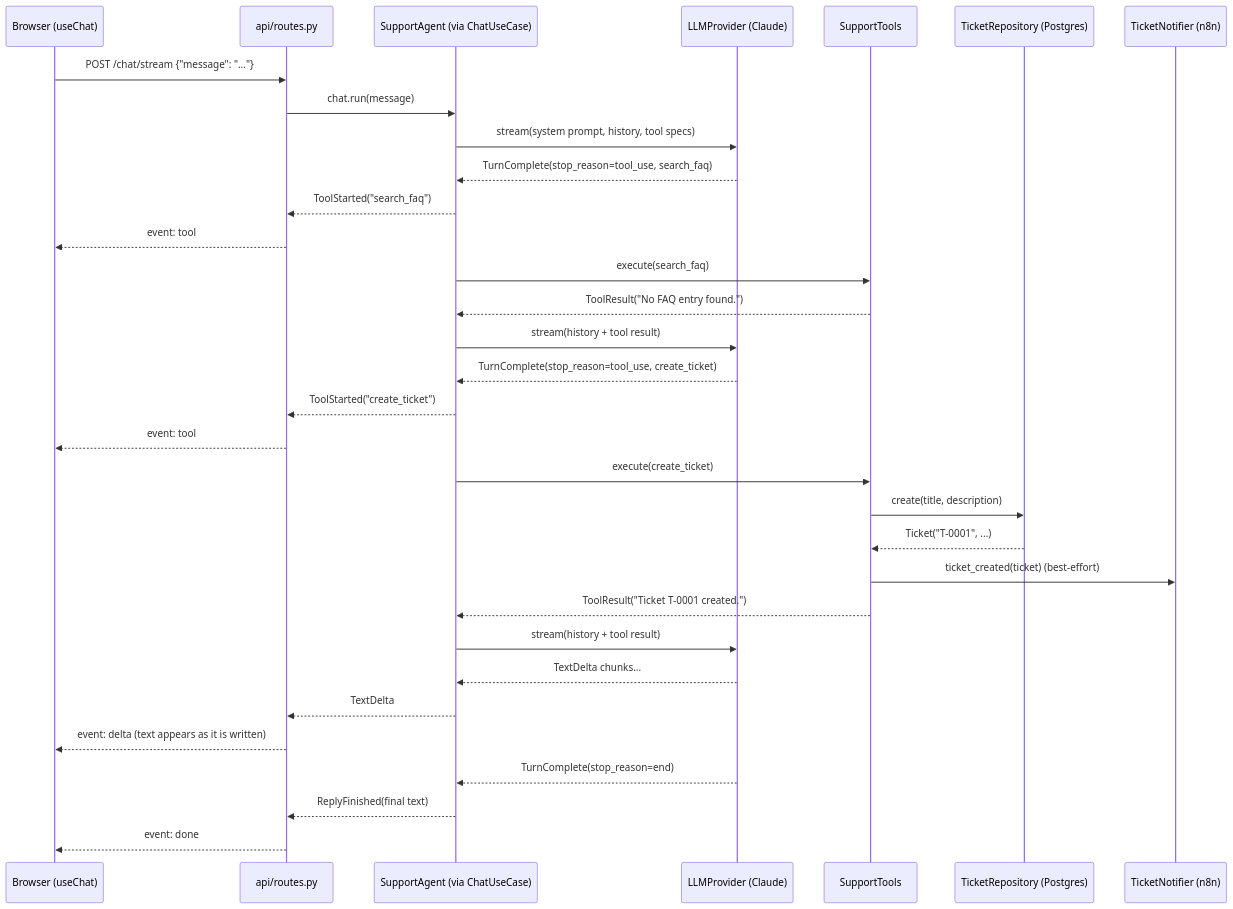
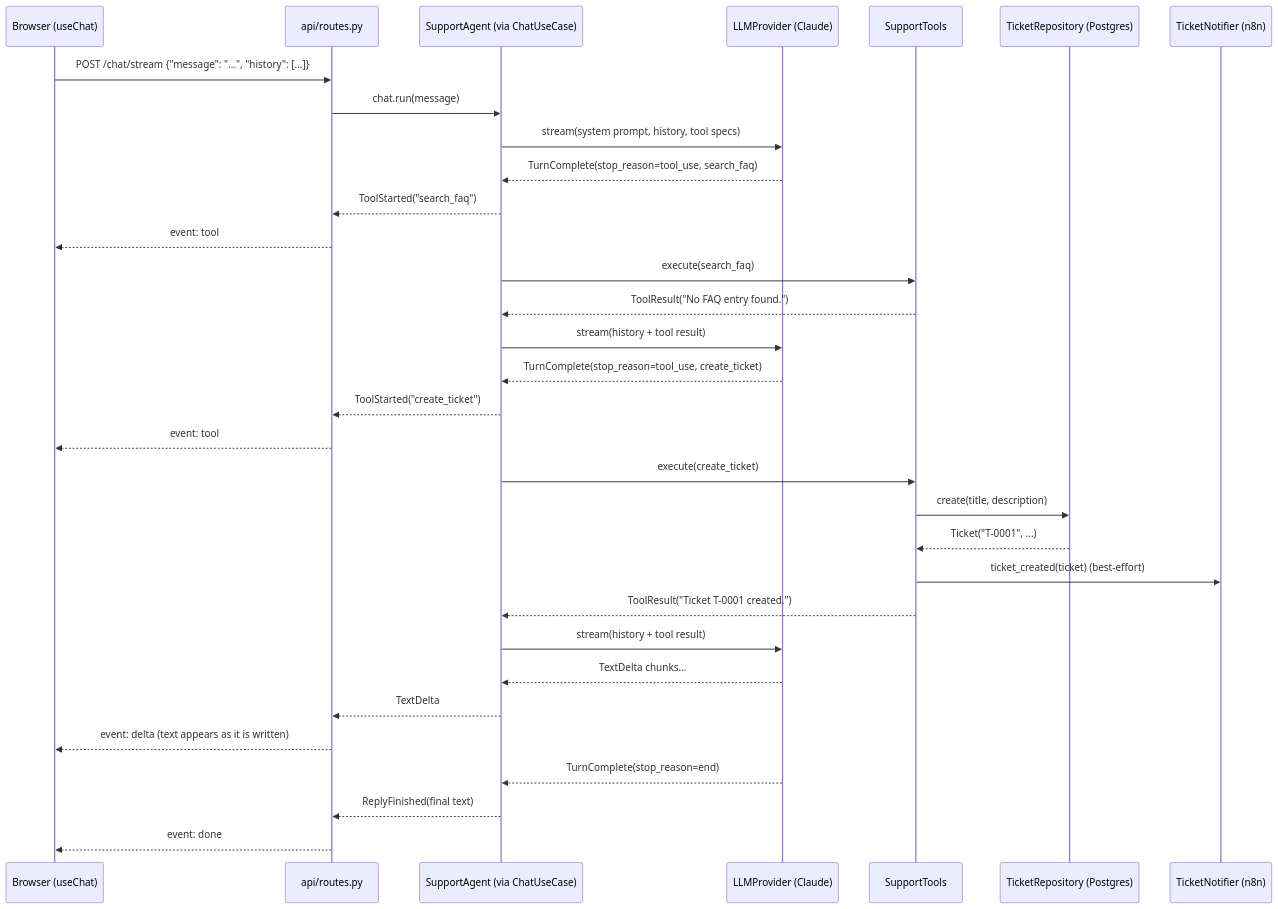
One commit to Goncar29/ai-support-assistant changed the fourth of 4 diagrams in ARCHITECTURE.md. Above: the diagram before and after it, drawn with Mermaid. The commit also changed other lines of this file and 11 other files, not shown here.

First line of the commit message:
feat: remember the conversation by sending its history with each message

````diff
--- a/ARCHITECTURE.md
+++ b/ARCHITECTURE.md
@@ -118,35 +118,35 @@
 ```mermaid
 sequenceDiagram
     participant B as Browser (useChat)
     participant R as api/routes.py
     participant A as SupportAgent (via ChatUseCase)
     participant L as LLMProvider (Claude)
     participant T as SupportTools
     participant D as TicketRepository (Postgres)
     participant N as TicketNotifier (n8n)
 
-    B->>R: POST /chat/stream {"message": "..."}
+    B->>R: POST /chat/stream {"message": "...", "history": [...]}
     R->>A: chat.run(message)
     A->>L: stream(system prompt, history, tool specs)
     L-->>A: TurnComplete(stop_reason=tool_use, search_faq)
     A-->>R: ToolStarted("search_faq")
     R-->>B: event: tool
     A->>T: execute(search_faq)
     T-->>A: ToolResult("No FAQ entry found.")
     A->>L: stream(history + tool result)
     L-->>A: TurnComplete(stop_reason=tool_use, create_ticket)
     A-->>R: ToolStarted("create_ticket")
     R-->>B: event: tool
     A->>T: execute(create_ticket)
     T->>D: create(title, description)
     D-->>T: Ticket("T-0001", ...)
     T->>N: ticket_created(ticket) (best-effort)
     T-->>A: ToolResult("Ticket T-0001 created.")
     A->>L: stream(history + tool result)
     L-->>A: TextDelta chunks...
     A-->>R: TextDelta
     R-->>B: event: delta (text appears as it is written)
     L-->>A: TurnComplete(stop_reason=end)
     A-->>R: ReplyFinished(final text)
     R-->>B: event: done
 ```
````
